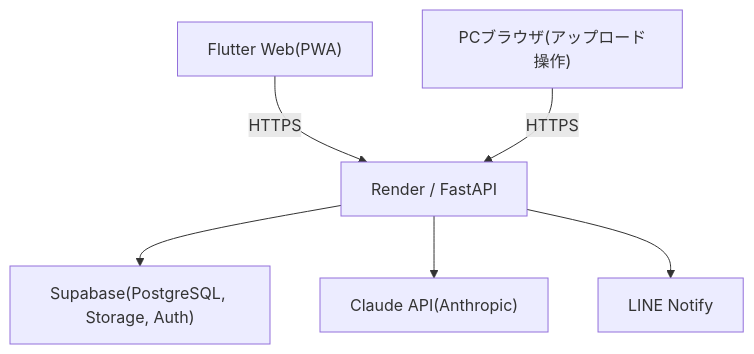
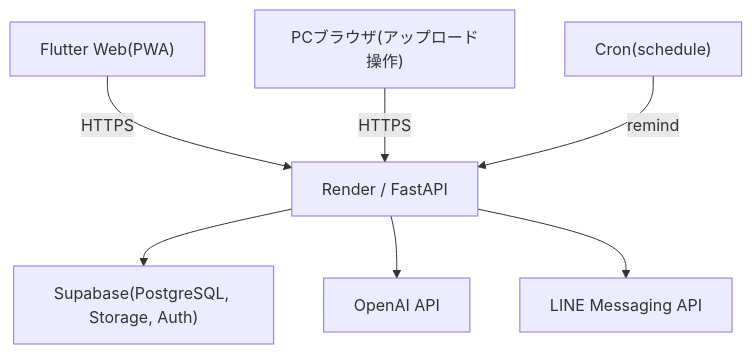
Before and after one commit to Sota-Nakajima0226/DetailManagement: the diagram in docs/requirements/requirements_definition.md, drawn with Mermaid. The commit also changed other lines of this file and 6 other files, not shown here.

Commit message:
docs: document multi-issuer schema, CSV profiles, and statement migration

````diff
--- a/docs/requirements/requirements_definition.md
+++ b/docs/requirements/requirements_definition.md
@@ -144,15 +180,17 @@
 ```mermaid
 flowchart TD
     clientPWA["Flutter Web(PWA)"]
     clientPC["PCブラウザ(アップロード操作)"]
     renderApi["Render / FastAPI"]
     supabaseDb["Supabase(PostgreSQL, Storage, Auth)"]
-    claudeApi["Claude API(Anthropic)"]
-    lineNotify["LINE Notify"]
+    openaiApi["OpenAI API"]
+    lineApi["LINE Messaging API"]
+    cron["Cron(schedule)"]
 
     clientPWA -->|"HTTPS"| renderApi
     clientPC -->|"HTTPS"| renderApi
+    cron -->|"remind"| renderApi
     renderApi --> supabaseDb
-    renderApi --> claudeApi
-    renderApi --> lineNotify
+    renderApi --> openaiApi
+    renderApi --> lineApi
 ```
````
